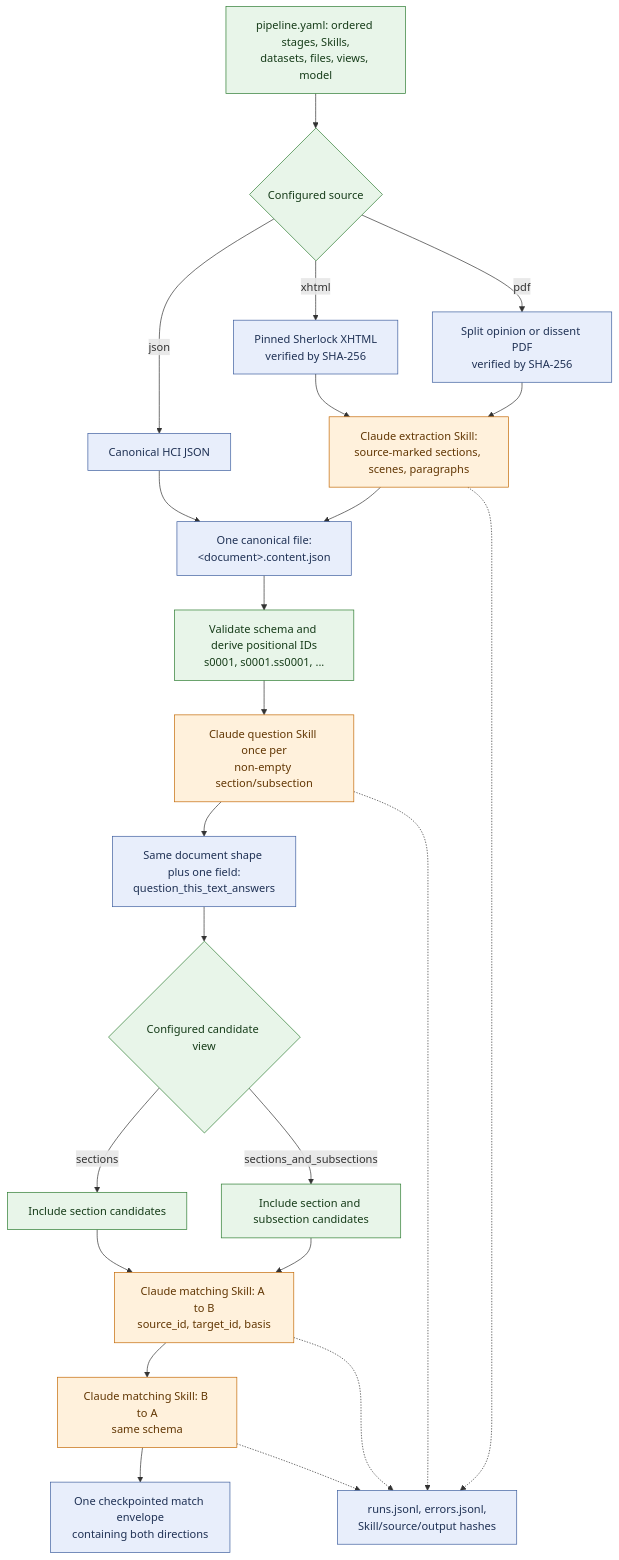
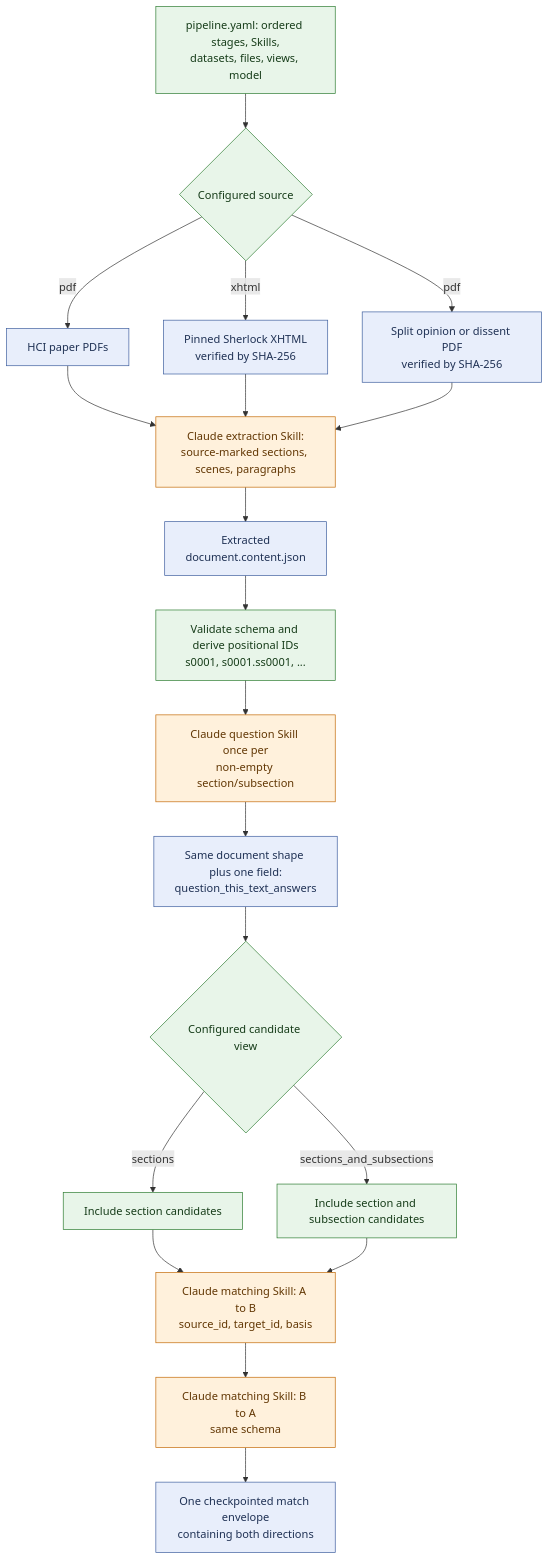
One commit to GraceGSy/SME-prototype changed the first of 2 diagrams in PIPELINE_FLOW.md. Above: the diagram before and after it, drawn with Mermaid. The commit also changed other lines of this file, not shown here.

Commit message:
Simplify pipeline flow diagrams

````diff
--- a/PIPELINE_FLOW.md
+++ b/PIPELINE_FLOW.md
@@ -8,37 +8,32 @@
 ```mermaid
 flowchart TD
     Config["pipeline.yaml: ordered stages, Skills,<br/>datasets, files, views, model"]:::det
     Source{"Configured source"}:::det
-    HCI["Canonical HCI JSON"]:::artifact
+    HCI["HCI paper PDFs"]:::artifact
     Story["Pinned Sherlock XHTML<br/>verified by SHA-256"]:::artifact
     Legal["Split opinion or dissent PDF<br/>verified by SHA-256"]:::artifact
     Extract["Claude extraction Skill:<br/>source-marked sections, scenes, paragraphs"]:::llm
-    Content["One canonical file:<br/>&lt;document&gt;.content.json"]:::artifact
+    Content["Extracted<br/>document.content.json"]:::artifact
     IDs["Validate schema and derive positional IDs<br/>s0001, s0001.ss0001, ..."]:::det
     Question["Claude question Skill once per<br/>non-empty section/subsection"]:::llm
     Questions["Same document shape plus one field:<br/>question_this_text_answers"]:::artifact
     View{"Configured candidate view"}:::det
     Sections["Include section candidates"]:::det
     Nested["Include section and subsection candidates"]:::det
     Forward["Claude matching Skill: A to B<br/>source_id, target_id, basis"]:::llm
     Reverse["Claude matching Skill: B to A<br/>same schema"]:::llm
     Matches["One checkpointed match envelope<br/>containing both directions"]:::artifact
-    Audit["runs.jsonl, errors.jsonl,<br/>Skill/source/output hashes"]:::artifact
 
     Config --> Source
-    Source -->|json| HCI --> Content
-    Source -->|xhtml| Story --> Extract --> Content
+    Source -->|pdf| HCI --> Extract
+    Source -->|xhtml| Story --> Extract
     Source -->|pdf| Legal --> Extract
+    Extract --> Content
     Content --> IDs --> Question --> Questions --> View
     View -->|sections| Sections --> Forward
     View -->|sections_and_subsections| Nested --> Forward
     Forward --> Reverse --> Matches
-    Extract -.-> Audit
-    Question -.-> Audit
-    Forward -.-> Audit
-    Reverse -.-> Audit
-
     classDef det fill:#e8f5e9,stroke:#2e7d32,color:#163c19;
     classDef llm fill:#fff1dc,stroke:#c46b08,color:#623704;
     classDef artifact fill:#e8eefb,stroke:#3f5f9f,color:#1f3154;
 ```
````
